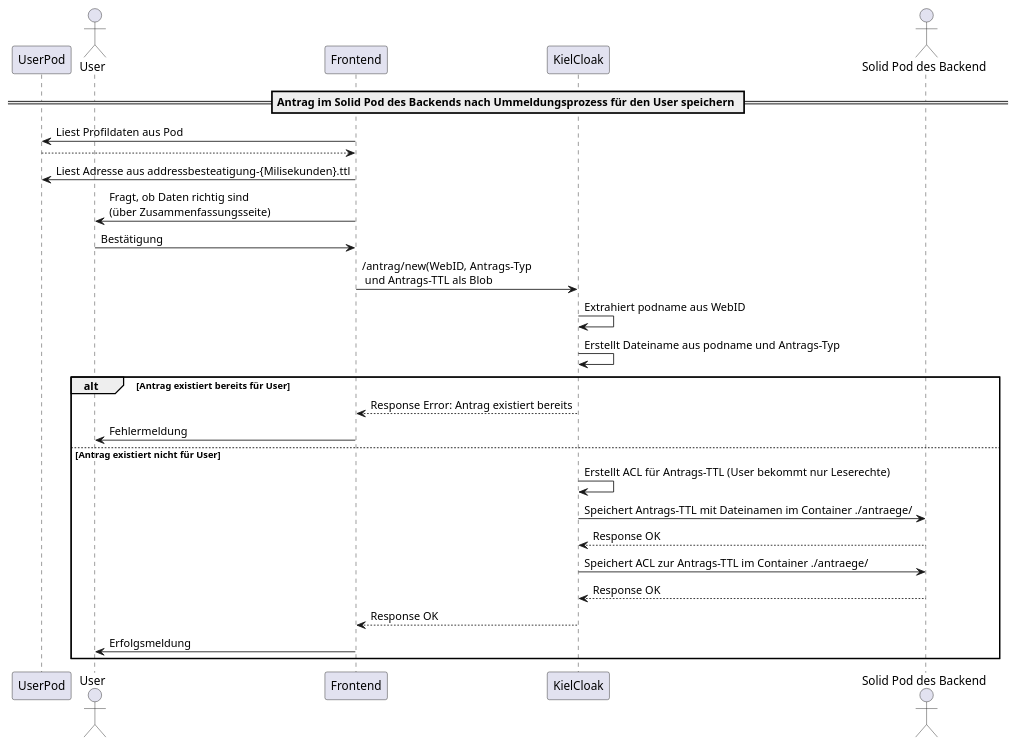
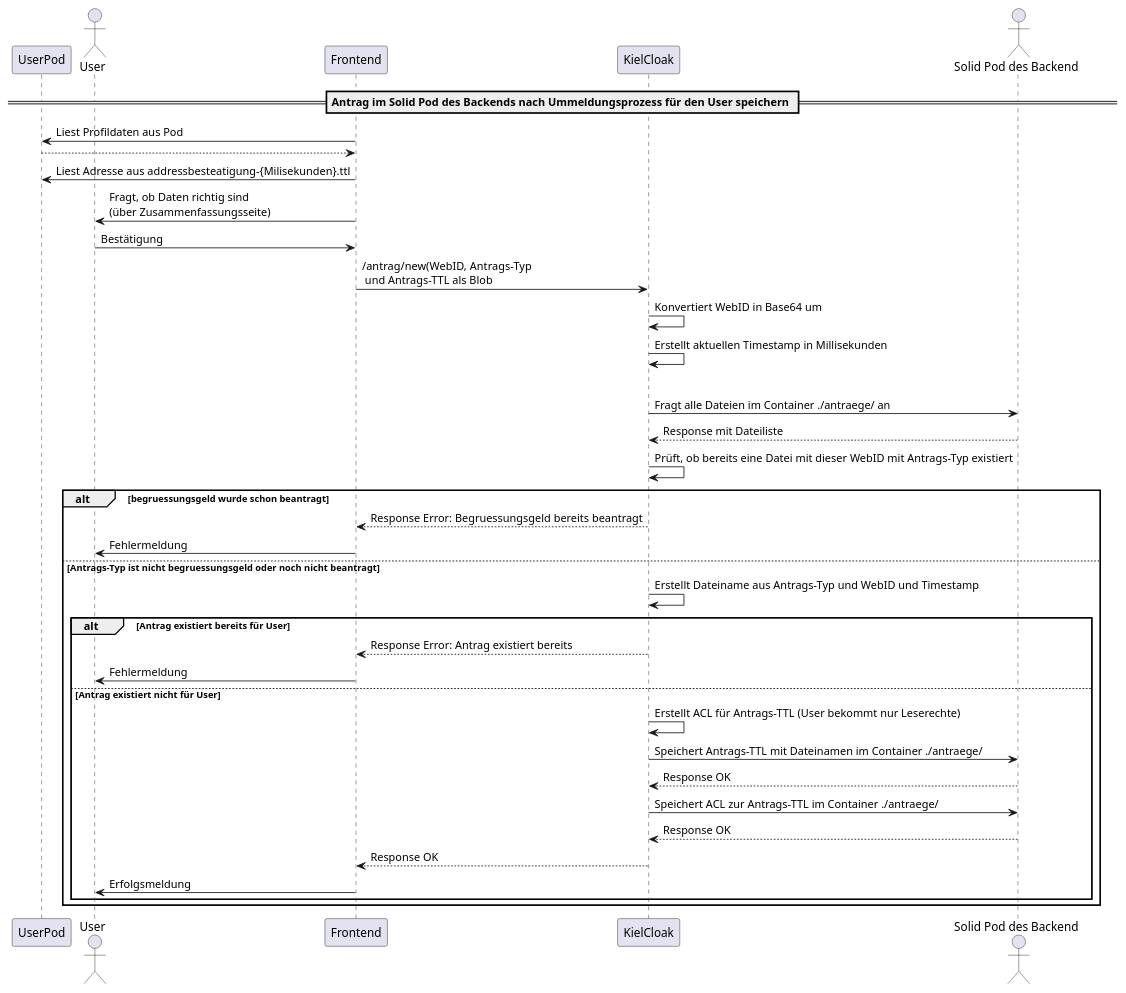
One commit to kimkevin-cloud/kielcloak changed the diagram in Dokumentation/Sequenzdiagramm_antrag-new.plantuml. Above: the diagram before and after it, drawn with PlantUML.

Commit message:
chore: update sequencediagram antrag/new

```diff
--- a/Dokumentation/Sequenzdiagramm_antrag-new.plantuml
+++ b/Dokumentation/Sequenzdiagramm_antrag-new.plantuml
@@ -1,32 +1,42 @@
 @startuml Adresse an Dritten nach Ummeldungsprozess weiterleiten
 
 participant UserPod
 actor User
 participant Frontend
 participant KielCloak
 actor "Solid Pod des Backend" as KielPod
 
 == Antrag im Solid Pod des Backends nach Ummeldungsprozess für den User speichern ==
 
 Frontend -> UserPod : Liest Profildaten aus Pod
 UserPod --> Frontend
 Frontend -> UserPod : Liest Adresse aus addressbesteatigung-{Milisekunden}.ttl
 Frontend -> User : Fragt, ob Daten richtig sind\n(über Zusammenfassungsseite)
 User -> Frontend : Bestätigung
 Frontend -> KielCloak : /antrag/new(WebID, Antrags-Typ \n und Antrags-TTL als Blob
 
-KielCloak -> KielCloak : Extrahiert podname aus WebID
-KielCloak -> KielCloak : Erstellt Dateiname aus podname und Antrags-Typ
-alt Antrag existiert bereits für User
-    KielCloak --> Frontend : Response Error: Antrag existiert bereits
-    Frontend -> User : Fehlermeldung
-else Antrag existiert nicht für User
-    KielCloak -> KielCloak : Erstellt ACL für Antrags-TTL (User bekommt nur Leserechte)
-    KielCloak -> KielPod : Speichert Antrags-TTL mit Dateinamen im Container ./antraege/
-    KielPod --> KielCloak : Response OK
-    KielCloak -> KielPod : Speichert ACL zur Antrags-TTL im Container ./antraege/
-    KielPod --> KielCloak : Response OK
-    KielCloak --> Frontend : Response OK
-    Frontend -> User : Erfolgsmeldung
+KielCloak -> KielCloak : Konvertiert WebID in Base64 um
+KielCloak -> KielCloak: Erstellt aktuellen Timestamp in Millisekunden
+alt Antrags-Typ ist "begruessungsgeld"
+    KielCloak -> KielPod: Fragt alle Dateien im Container ./antraege/ an
+    KielPod --> KielCloak: Response mit Dateiliste
+    KielCloak -> KielCloak: Prüft, ob bereits eine Datei mit dieser WebID mit Antrags-Typ existiert
+    alt begruessungsgeld wurde schon beantragt
+        KielCloak --> Frontend : Response Error: Begruessungsgeld bereits beantragt
+        Frontend -> User : Fehlermeldung
+    else Antrags-Typ ist nicht begruessungsgeld oder noch nicht beantragt
+    KielCloak -> KielCloak : Erstellt Dateiname aus Antrags-Typ und WebID und Timestamp
+    alt Antrag existiert bereits für User
+        KielCloak --> Frontend : Response Error: Antrag existiert bereits
+        Frontend -> User : Fehlermeldung
+    else Antrag existiert nicht für User
+      KielCloak -> KielCloak : Erstellt ACL für Antrags-TTL (User bekommt nur Leserechte)
+        KielCloak -> KielPod : Speichert Antrags-TTL mit Dateinamen im Container ./antraege/
+        KielPod --> KielCloak : Response OK
+        KielCloak -> KielPod : Speichert ACL zur Antrags-TTL im Container ./antraege/
+        KielPod --> KielCloak : Response OK
+        KielCloak --> Frontend : Response OK
+        Frontend -> User : Erfolgsmeldung
+    end
 end
 @enduml
```
